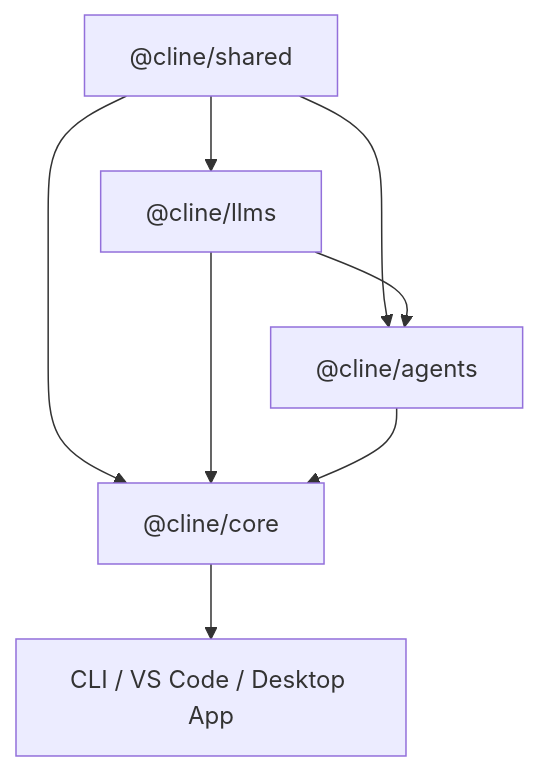
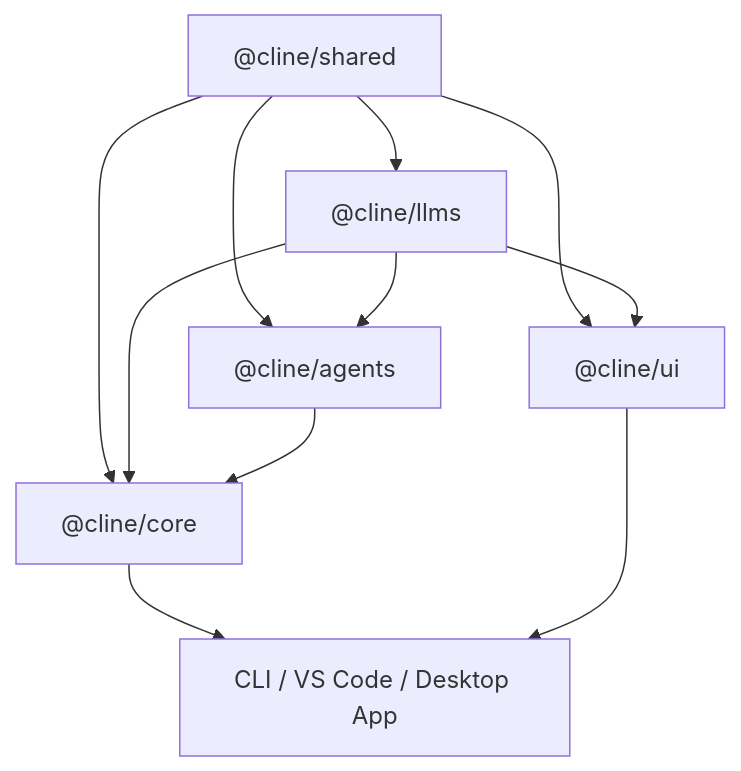
One commit to cline/cline changed the diagram in sdk/AGENTS.md. Above: the diagram before and after it, drawn with Mermaid. The commit also changed other lines of this file and 5 other files, not shown here.

Commit message:
docs: document shared UI architecture (browser/tui/protocol entry points, host boundaries)

````diff
--- a/sdk/AGENTS.md
+++ b/sdk/AGENTS.md
@@ -28,7 +29,8 @@
 ```mermaid
 flowchart TD
-  shared["@cline/shared"] --> llms["@cline/llms"] & agents["@cline/agents"] & core["@cline/core"]
-  llms --> agents & core
+  shared["@cline/shared"] --> llms["@cline/llms"] & agents["@cline/agents"] & core["@cline/core"] & ui["@cline/ui"]
+  llms --> agents & core & ui
   agents --> core
   core --> apps["CLI / VS Code / Desktop App"]
+  ui --> apps
 ```
````
